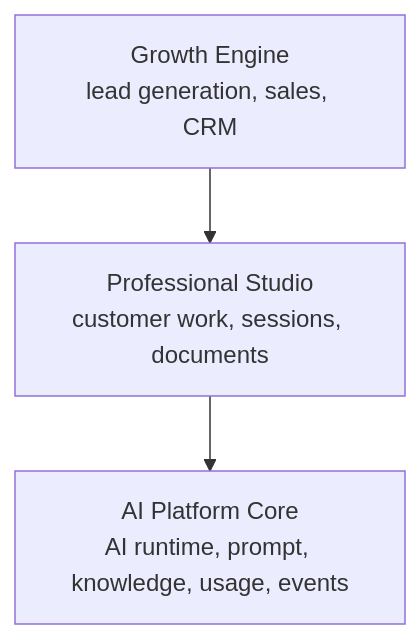
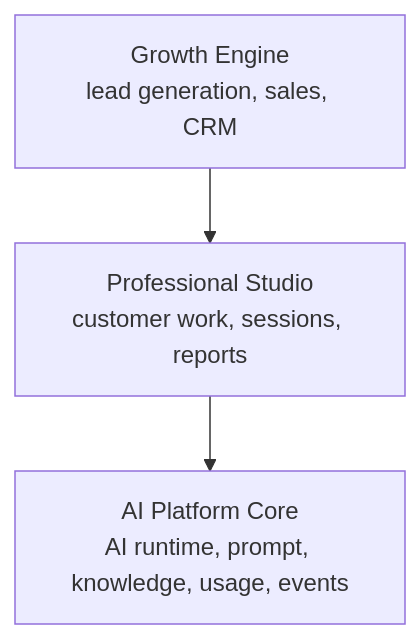
Before and after one commit to karukimori-wq/ai-platform-core: the first of 2 diagrams in docs/ARCHITECTURE.md, drawn with Mermaid. The commit also changed other lines of this file, not shown here.

Commit message:
docs: align architecture with contract events

````diff
--- a/docs/ARCHITECTURE.md
+++ b/docs/ARCHITECTURE.md
@@ -9,5 +9,5 @@
 ```mermaid
 flowchart TD
-  GE[Growth Engine\nlead generation, sales, CRM] --> PS[Professional Studio\ncustomer work, sessions, documents]
+  GE[Growth Engine\nlead generation, sales, CRM] --> PS[Professional Studio\ncustomer work, sessions, reports]
   PS --> AIP[AI Platform Core\nAI runtime, prompt, knowledge, usage, events]
 ```
````
